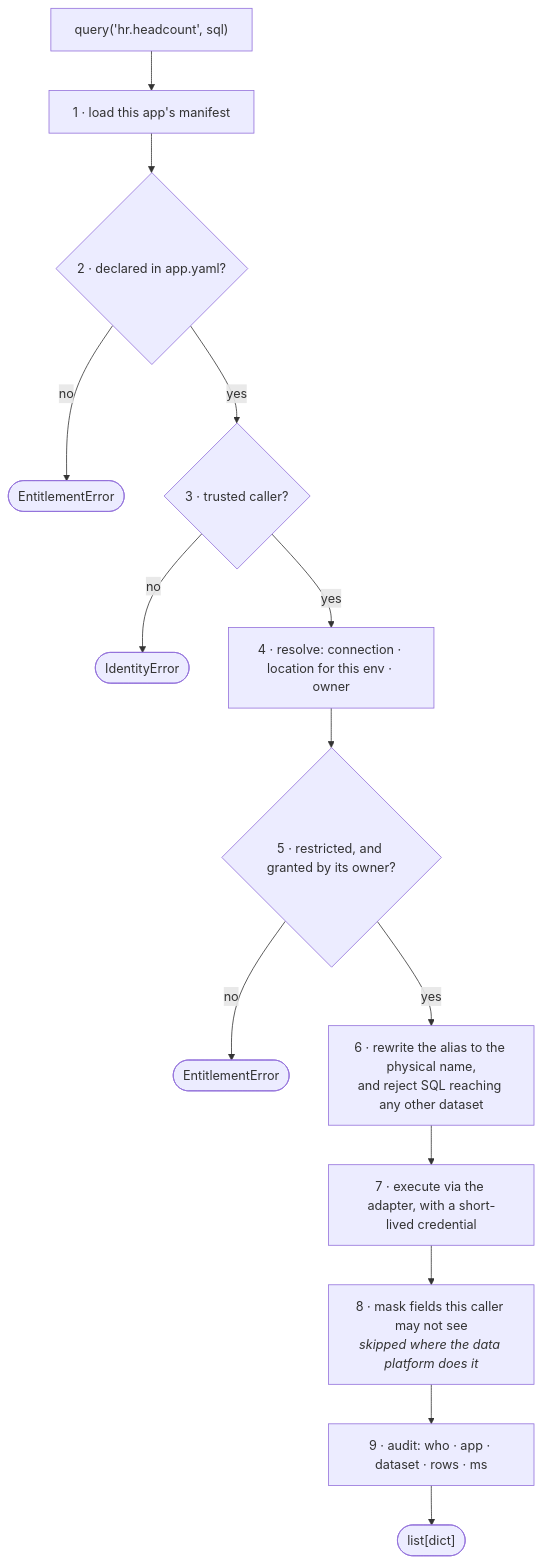
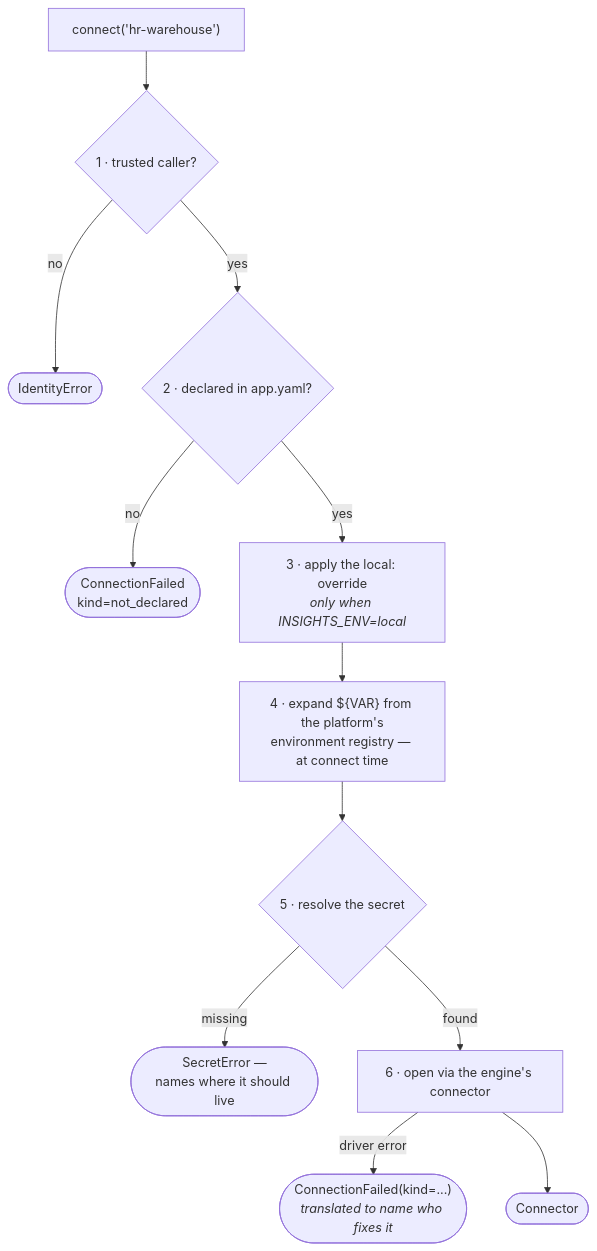
The diagram in README.md (KRISHNABR/insights-sdk), drawn with Mermaid before and after one commit. The commit also changed other lines of this file and 6 other files, not shown here.

````diff
--- a/README.md
+++ b/README.md
@@ -190,16 +195,14 @@
 ```mermaid
 flowchart TB
-  Q["query('hr.headcount', sql)"] --> S1["1 · load this app's manifest"]
-  S1 --> S2{"2 · declared in app.yaml?"}
-  S2 -->|no| X1(["EntitlementError"])
-  S2 -->|yes| S3{"3 · trusted caller?"}
-  S3 -->|no| X2(["IdentityError"])
-  S3 -->|yes| S4["4 · resolve: connection · location for this env · owner"]
-  S4 --> S5{"5 · restricted, and granted by its owner?"}
-  S5 -->|no| X3(["EntitlementError"])
-  S5 -->|yes| S6["6 · rewrite the alias to the physical name,<br/>and reject SQL reaching any other dataset"]
-  S6 --> S7["7 · execute via the adapter, with a short-lived credential"]
-  S7 --> S8["8 · mask fields this caller may not see<br/><i>skipped where the data platform does it</i>"]
-  S8 --> S9["9 · audit: who · app · dataset · rows · ms"]
-  S9 --> OUT(["list[dict]"])
+  Q["connect('hr-warehouse')"] --> S1{"1 · trusted caller?"}
+  S1 -->|no| X1(["IdentityError"])
+  S1 -->|yes| S2{"2 · declared in app.yaml?"}
+  S2 -->|no| X2(["ConnectionFailed<br/>kind=not_declared"])
+  S2 -->|yes| S3["3 · apply the local: override<br/><i>only when INSIGHTS_ENV=local</i>"]
+  S3 --> S4["4 · expand ${VAR} from the platform's<br/>environment registry — at connect time"]
+  S4 --> S5{"5 · resolve the secret"}
+  S5 -->|missing| X3(["SecretError —<br/>names where it should live"])
+  S5 -->|found| S6["6 · open via the engine's connector"]
+  S6 -->|driver error| X4(["ConnectionFailed(kind=...)<br/><i>translated to name who fixes it</i>"])
+  S6 --> OUT(["Connector"])
 ```
````
